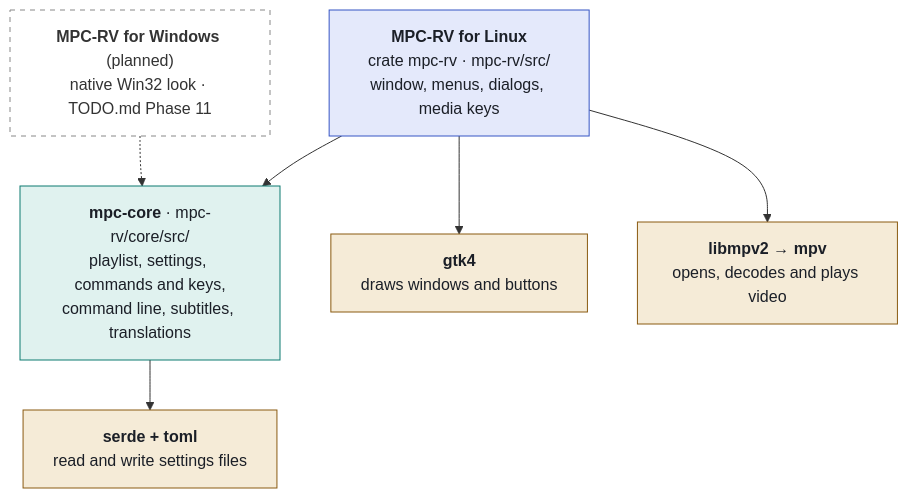
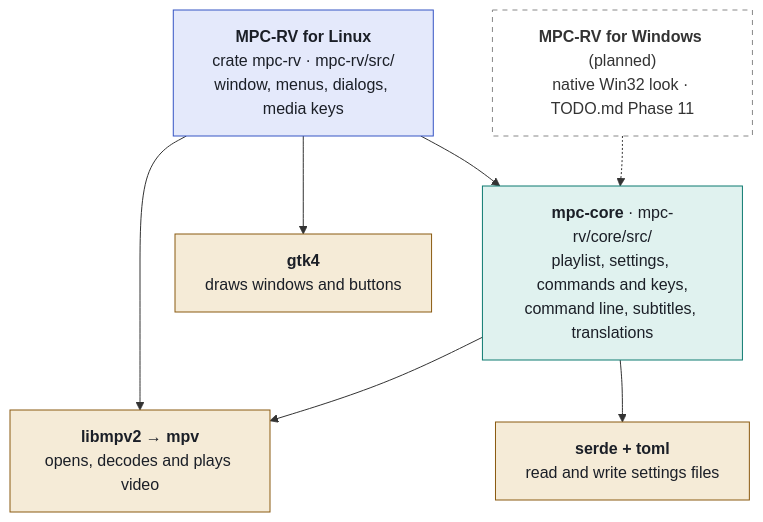
One commit to riflan0ahmed/mpc-revamp changed the first of 3 diagrams in ARCHITECTURE.md. Above: the diagram before and after it, drawn with Mermaid. The commit also changed other lines of this file and 16 other files, not shown here.

First line of the commit message:
Move the mpv control code into mpc-core (player)

````diff
--- a/ARCHITECTURE.md
+++ b/ARCHITECTURE.md
@@ -23,24 +23,25 @@
 ```mermaid
 flowchart TB
     linux["<b>MPC-RV for Linux</b><br/>crate mpc-rv · mpc-rv/src/<br/>window, menus, dialogs, media keys"]
     windows["<b>MPC-RV for Windows</b> (planned)<br/>native Win32 look · TODO.md Phase 11"]
     core["<b>mpc-core</b> · mpc-rv/core/src/<br/>playlist, settings, commands and keys,<br/>command line, subtitles, translations"]
     gtk["<b>gtk4</b><br/>draws windows and buttons"]
     mpv["<b>libmpv2 → mpv</b><br/>opens, decodes and plays video"]
     serde["<b>serde + toml</b><br/>read and write settings files"]
 
     linux --> core
     windows -.-> core
     linux --> gtk
     linux --> mpv
+    core --> mpv
     core --> serde
 
     classDef app fill:#e4e9fb,stroke:#3554c4,color:#1b1f27
     classDef shared fill:#e0f2ef,stroke:#0d7a70,color:#1b1f27
     classDef lib fill:#f5ebd7,stroke:#8a5a10,color:#1b1f27
     classDef planned fill:transparent,stroke:#888,stroke-dasharray:5 5
     class linux app
     class core shared
     class gtk,mpv,serde lib
     class windows planned
 ```
````
